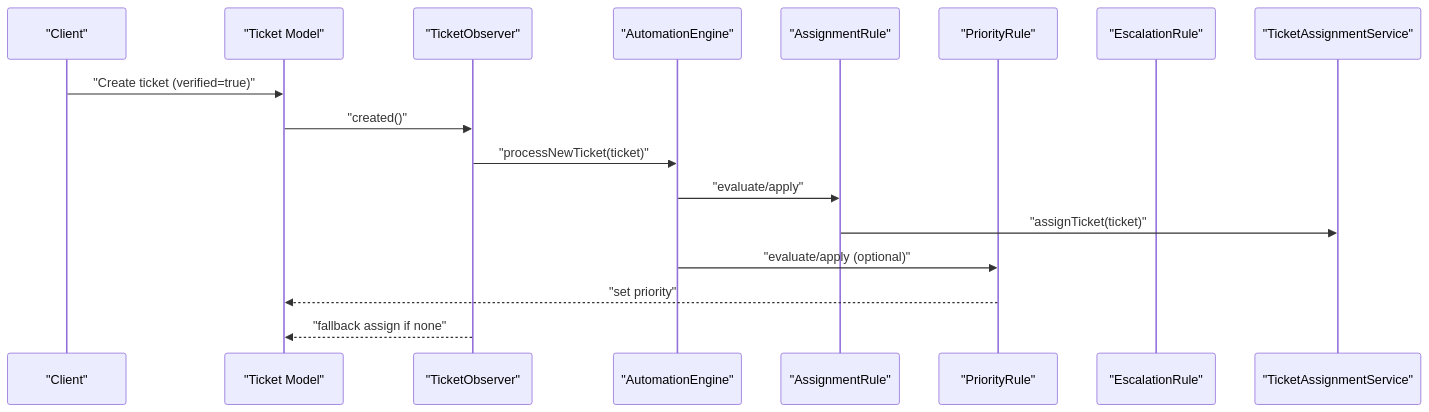
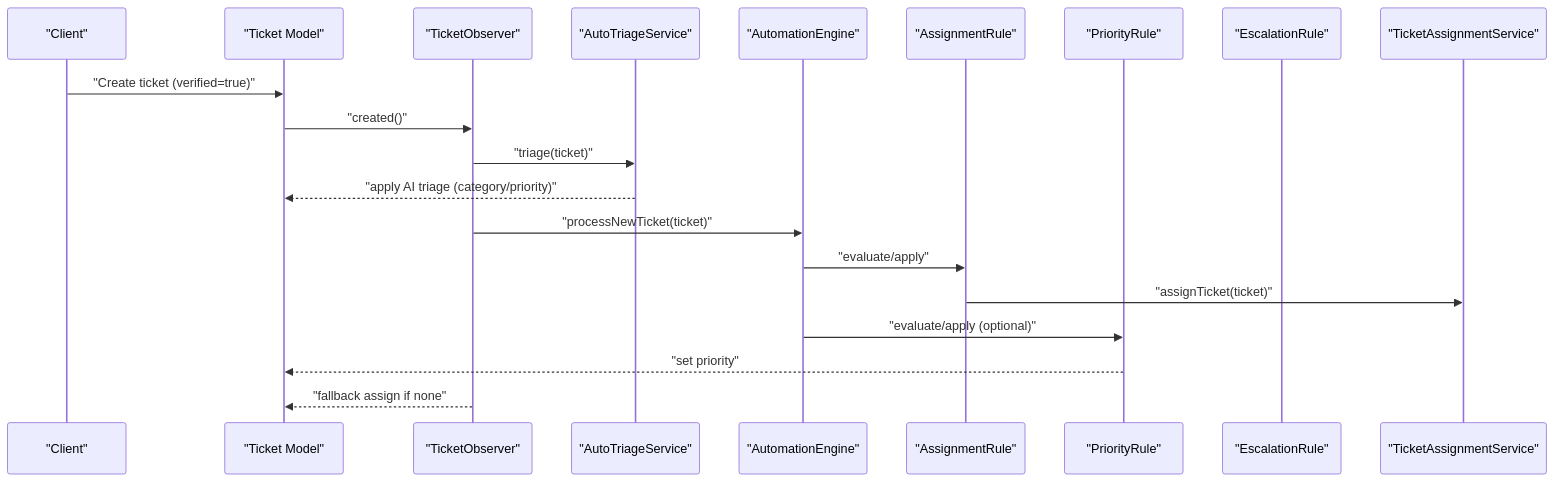
Before and after one commit to younesgamer68/helpdesk-system: the second of 9 diagrams in .qoder/repowiki/en/content/Ticket Management System/Ticket Lifecycle & Status Management.md, drawn with Mermaid. The commit also changed other lines of this file and 210 other files, not shown here.

````diff
--- a/.qoder/repowiki/en/content/Ticket Management System/Ticket Lifecycle & Status Management.md
+++ b/.qoder/repowiki/en/content/Ticket Management System/Ticket Lifecycle & Status Management.md
@@ -138,19 +214,22 @@
 ```mermaid
 sequenceDiagram
 participant C as "Client"
 participant M as "Ticket Model"
 participant O as "TicketObserver"
+participant ATS as "AutoTriageService"
 participant AE as "AutomationEngine"
 participant AR as "AssignmentRule"
 participant PR as "PriorityRule"
 participant ER as "EscalationRule"
 participant S as "TicketAssignmentService"
 C->>M : "Create ticket (verified=true)"
 M->>O : "created()"
+O->>ATS : "triage(ticket)"
+ATS-->>M : "apply AI triage (category/priority)"
 O->>AE : "processNewTicket(ticket)"
 AE->>AR : "evaluate/apply"
 AR->>S : "assignTicket(ticket)"
 AE->>PR : "evaluate/apply (optional)"
 PR-->>M : "set priority"
 O-->>M : "fallback assign if none"
 ```
````
